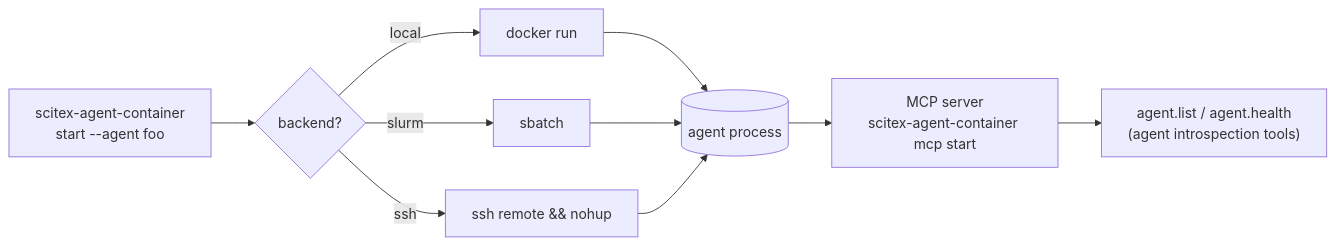
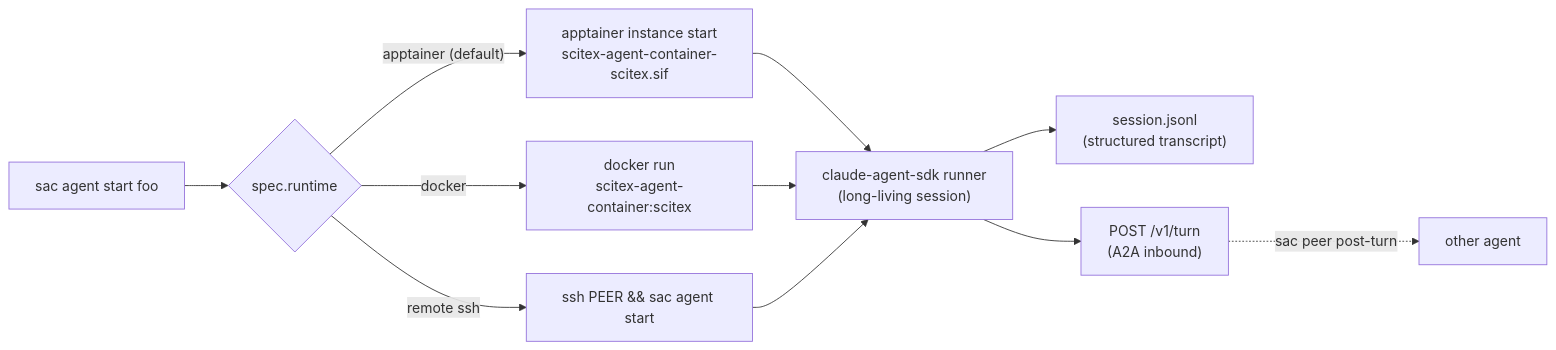
One commit to scitex-ai/scitex-agent-container changed the diagram in README.md. Above: the diagram before and after it, drawn with Mermaid. The commit also changed other lines of this file and 68 other files, not shown here.

````diff
--- a/README.md
+++ b/README.md
@@ -85,10 +196,11 @@
 ```mermaid
 flowchart LR
-    A["scitex-agent-container<br/>start --agent foo"] --> B{backend?}
-    B -- "local" --> C[docker run]
-    B -- "slurm" --> D[sbatch]
-    B -- "ssh" --> E[ssh remote &amp;&amp; nohup]
-    C & D & E --> F[(agent process)]
-    F --> G["MCP server<br/>scitex-agent-container mcp start"]
-    G --> H["agent.list / agent.health<br/>(agent introspection tools)"]
+    A["sac agent start foo"] --> B{spec.runtime}
+    B -- "apptainer (default)" --> C["apptainer instance start<br/>scitex-agent-container-scitex.sif"]
+    B -- "docker" --> D["docker run<br/>scitex-agent-container:scitex"]
+    B -- "remote ssh" --> E["ssh PEER &amp;&amp; sac agent start"]
+    C & D & E --> F["claude-agent-sdk runner<br/>(long-living session)"]
+    F --> G["session.jsonl<br/>(structured transcript)"]
+    F --> H["POST /v1/turn<br/>(A2A inbound)"]
+    H -. "sac peer post-turn" .-> I["other agent"]
 ```
````
